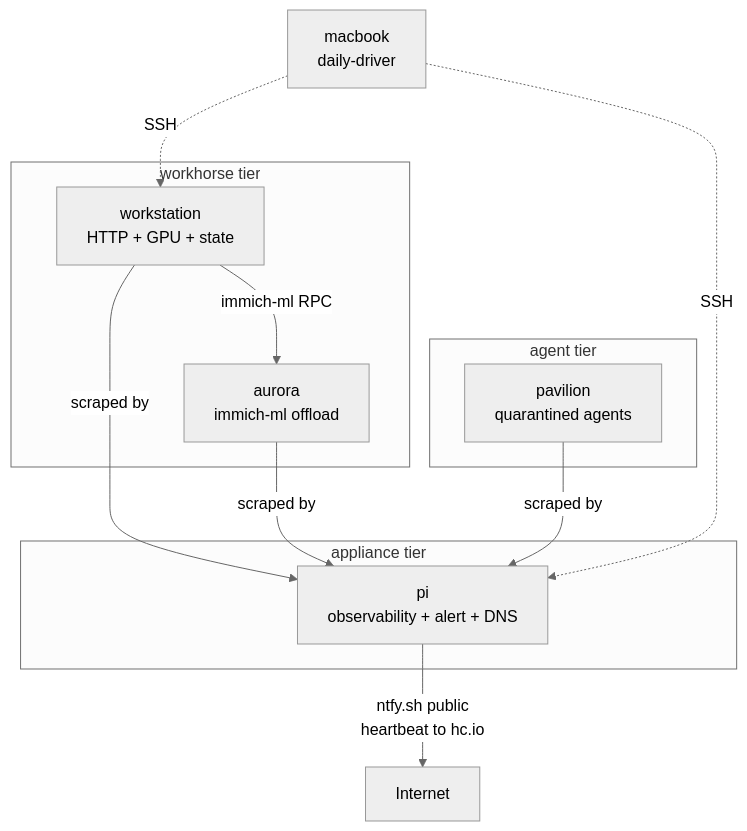
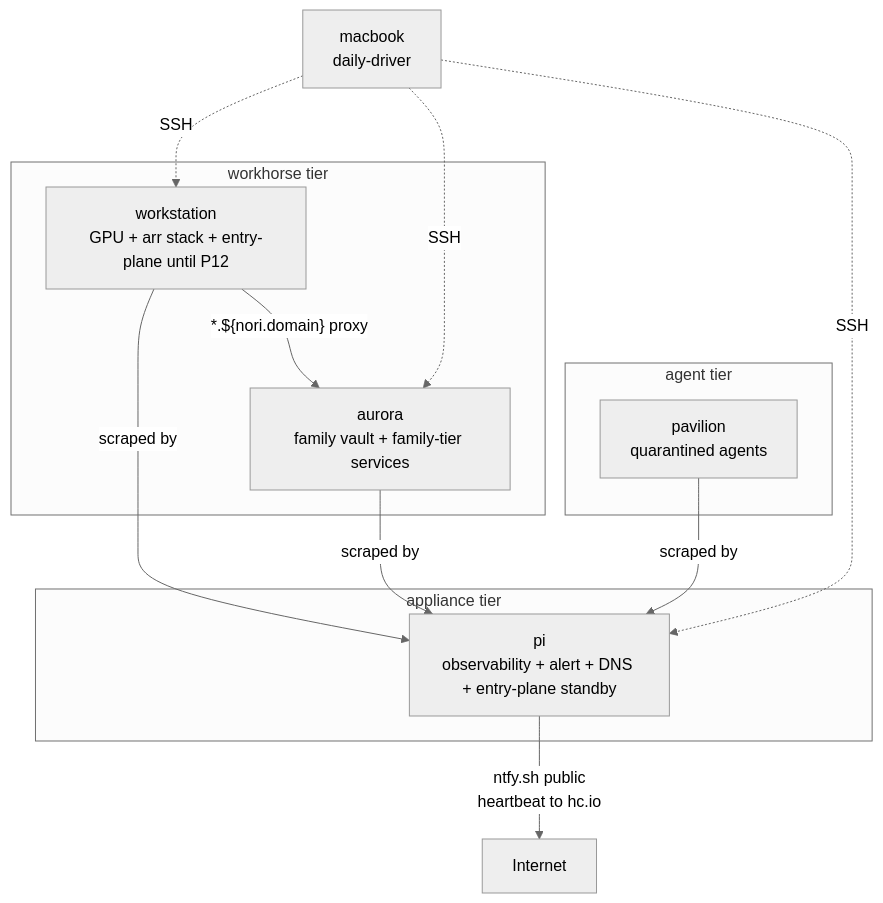
One commit to phibkro/homelab changed the diagram in docs/TOPOLOGY.md. Above: the diagram before and after it, drawn with Mermaid (neutral theme). The commit also changed other lines of this file and 3 other files, not shown here.

First line of the commit message:
feat(observability+docs): aurora-side gaps + post-audit drift patches

````diff
--- a/docs/TOPOLOGY.md
+++ b/docs/TOPOLOGY.md
@@ -21,21 +21,22 @@
 ```mermaid
 graph TB
   subgraph "workhorse tier"
-    W[workstation<br/>HTTP + GPU + state]
-    A[aurora<br/>immich-ml offload]
+    W[workstation<br/>GPU + arr stack + entry-plane until P12]
+    A[aurora<br/>family vault + family-tier services]
   end
   subgraph "appliance tier"
-    P[pi<br/>observability + alert + DNS]
+    P[pi<br/>observability + alert + DNS + entry-plane standby]
   end
   subgraph "agent tier"
     V[pavilion<br/>quarantined agents]
   end
   M[macbook<br/>daily-driver]
-  W -- immich-ml RPC --> A
+  W -- *.${nori.domain} proxy --> A
   W -- scraped by --> P
   A -- scraped by --> P
   V -- scraped by --> P
   P -- ntfy.sh public<br/>heartbeat to hc.io --> Internet[Internet]
   M -. SSH .-> W
   M -. SSH .-> P
+  M -. SSH .-> A
 ```
````
